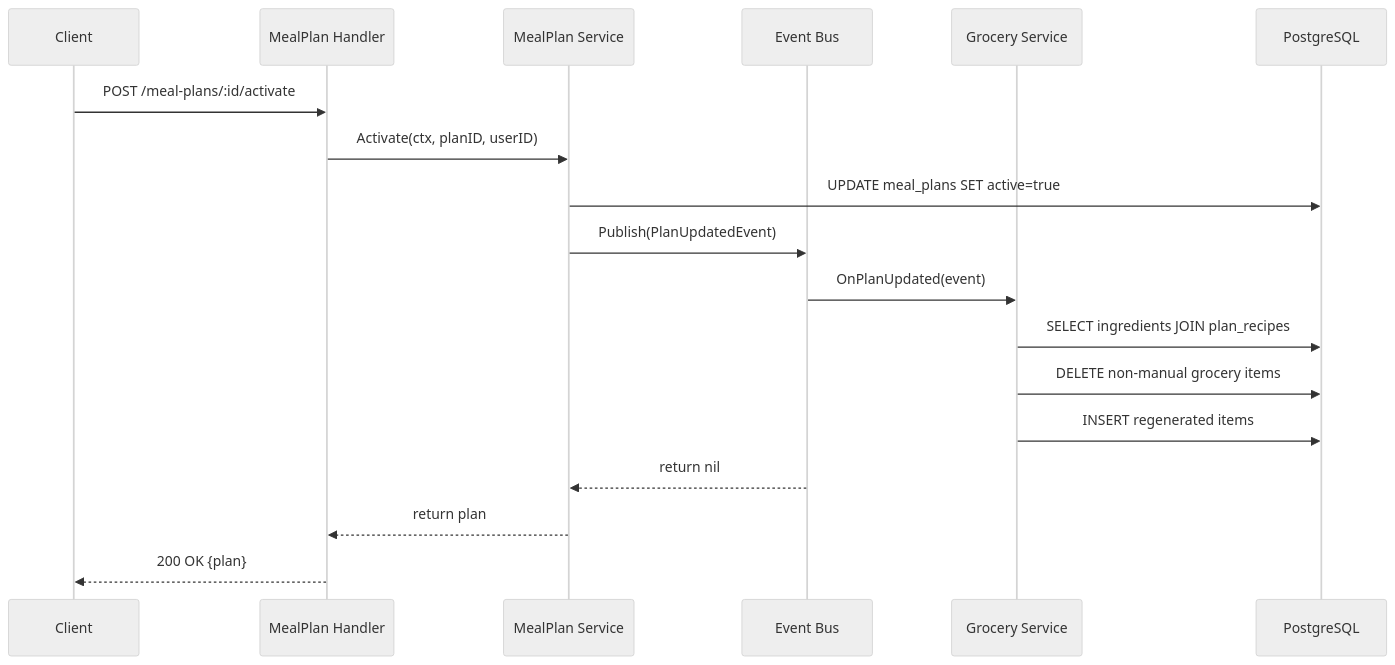
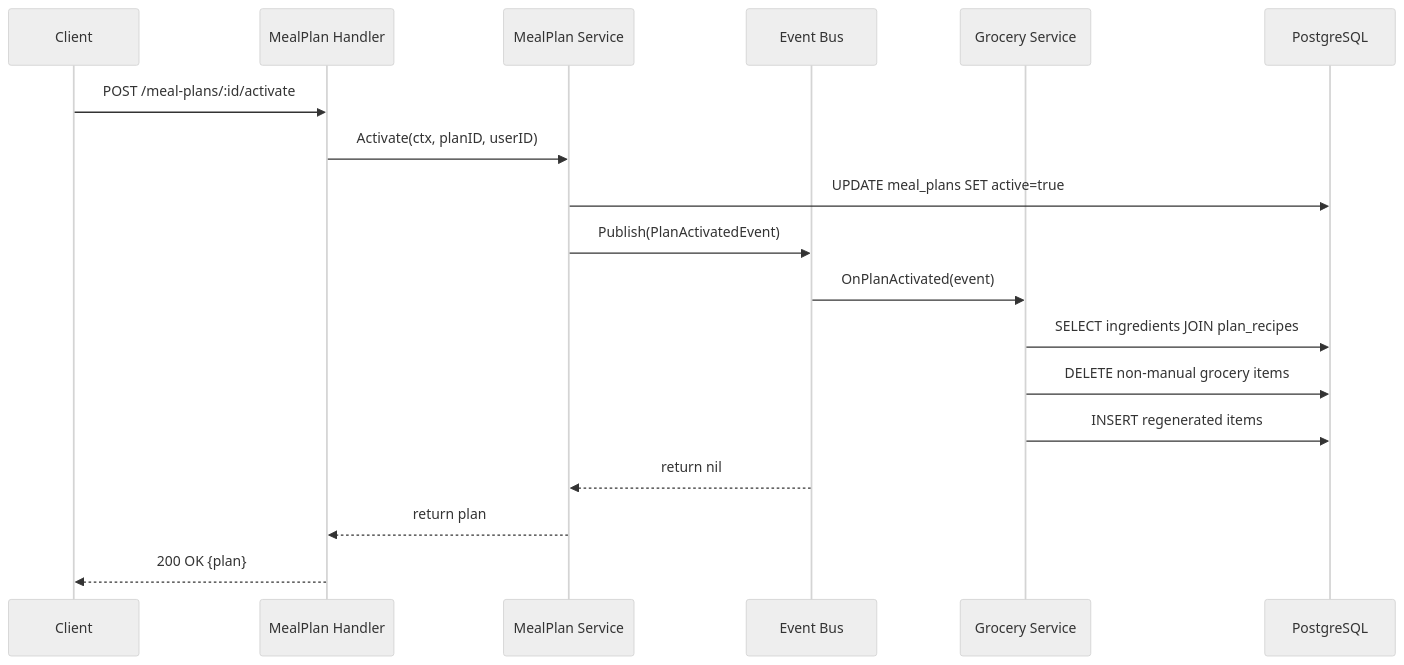
One commit to hannarijk/mymealprep-backend changed the third of 4 diagrams in ARCHITECTURE.md. Above: the diagram before and after it, drawn with Mermaid (neutral theme). The commit also changed other lines of this file, not shown here.

Commit message:
Sync ARCHITECTURE.md with current implementation

````diff
--- a/ARCHITECTURE.md
+++ b/ARCHITECTURE.md
@@ -257,21 +270,21 @@
 ```mermaid
 sequenceDiagram
     participant C as Client
     participant H as MealPlan Handler
     participant MS as MealPlan Service
     participant B as Event Bus
     participant GS as Grocery Service
     participant DB as PostgreSQL
 
     C->>H: POST /meal-plans/:id/activate
     H->>MS: Activate(ctx, planID, userID)
     MS->>DB: UPDATE meal_plans SET active=true
-    MS->>B: Publish(PlanUpdatedEvent)
-    B->>GS: OnPlanUpdated(event)
+    MS->>B: Publish(PlanActivatedEvent)
+    B->>GS: OnPlanActivated(event)
     GS->>DB: SELECT ingredients JOIN plan_recipes
     GS->>DB: DELETE non-manual grocery items
     GS->>DB: INSERT regenerated items
     B-->>MS: return nil
     MS-->>H: return plan
     H-->>C: 200 OK {plan}
 ```
````
